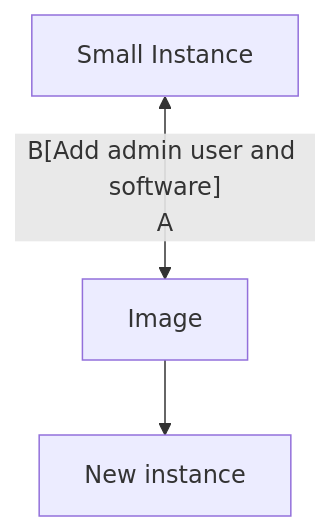
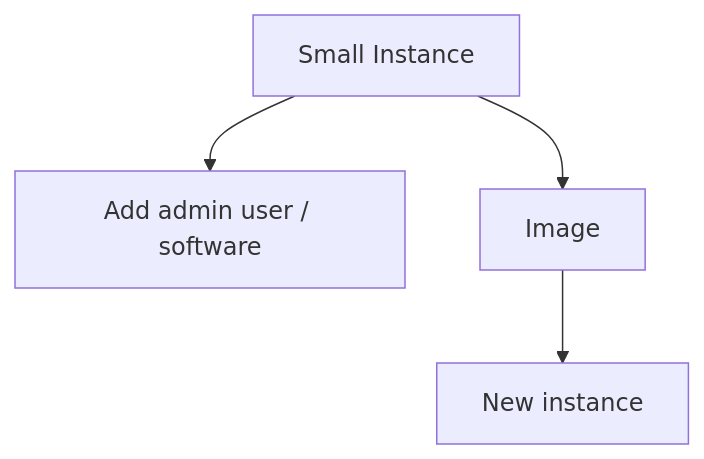
The diagram in getting-started.md (AntibodyEngineers/2024-Antibodies-and-AI), drawn with Mermaid before and after one commit.

````diff
--- a/getting-started.md
+++ b/getting-started.md
@@ -7,7 +7,7 @@
 ```mermaid
     flowchart TD
     
-    A[Small Instance] <-- B[Add admin user and software]
+    A[Small Instance] --> B[Add admin user / software]
     A-->C[Image] --> D[New instance]
 
 ```
````
